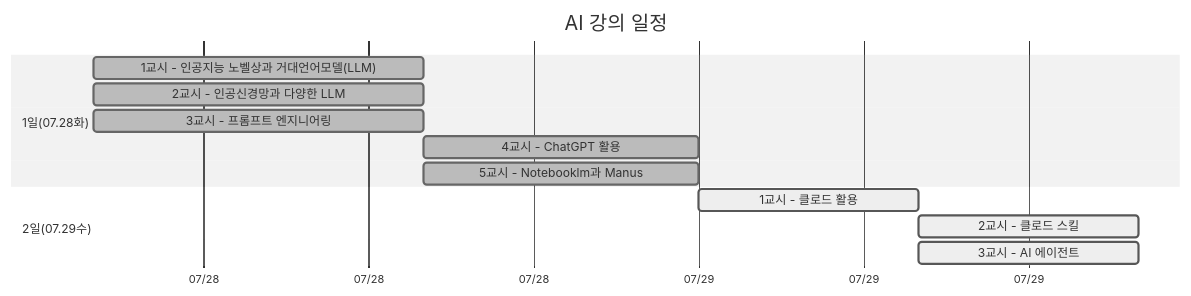
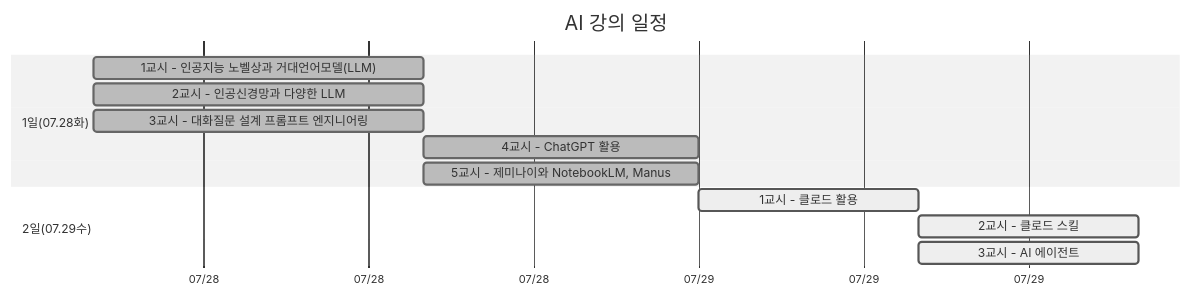
One commit to soobook/2026-LLM changed the diagram in README.md. Above: the diagram before and after it, drawn with Mermaid (neutral theme). The commit also changed other lines of this file, not shown here.

````diff
--- a/README.md
+++ b/README.md
@@ -21,18 +21,18 @@
 ```mermaid
 gantt
     title AI 강의 일정
     dateFormat YYYY-MM-DD-HH
     axisFormat %m/%d
 
     section 1일(07.28화)
     1교시 - 인공지능 노벨상과 거대언어모델(LLM) :done, a1, 2026-07-28-13, 6h
     2교시 - 인공신경망과 다양한 LLM :done, a2, 2026-07-28-13, 6h
-    3교시 - 프롬프트 엔지니어링           :done, a3, 2026-07-28-13, 6h
+    3교시 - 대화질문 설계 프롬프트 엔지니어링 :done, a3, 2026-07-28-13, 6h
     4교시 - ChatGPT 활용                 :done, a4, after a2, 5h
-    5교시 - Notebooklm과 Manus           :done, a5, after a2, 5h
+    5교시 - 제미나이와 NotebookLM, Manus :done, a5, after a2, 5h
 
     section 2일(07.29수)
     1교시 - 클로드 활용           :active, b1, 2026-07-29-00, 4h
     2교시 - 클로드 스킬           :active, b2, after b1, 4h
     3교시 - AI 에이전트           :active, b3, after b1, 4h
 ```
````
